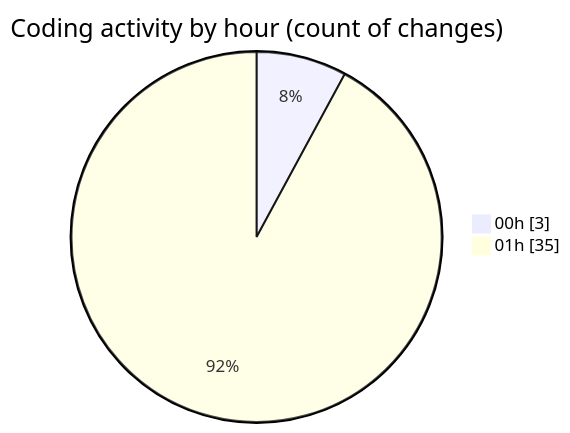
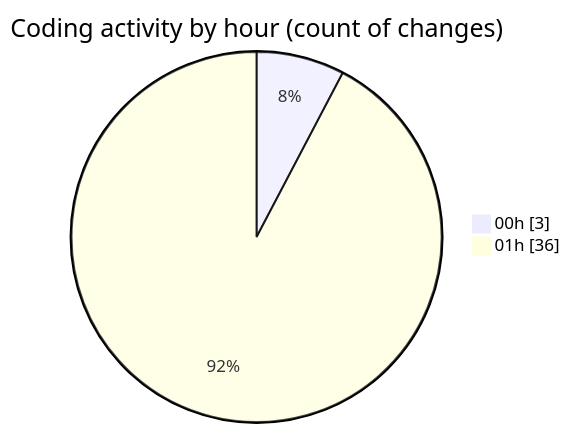
The second of 2 diagrams in 2025-10-02/oura-api/README.md (mevix1/code-tracking), drawn with Mermaid before and after one commit. The commit also changed other lines of this file and 1 other file, not shown here.

````diff
--- a/2025-10-02/oura-api/README.md
+++ b/2025-10-02/oura-api/README.md
@@ -63,6 +64,6 @@
 ```mermaid
 pie showData
 title Coding activity by hour (count of changes)
 "00h" : 3
-"01h" : 35
+"01h" : 36
 ```
````
